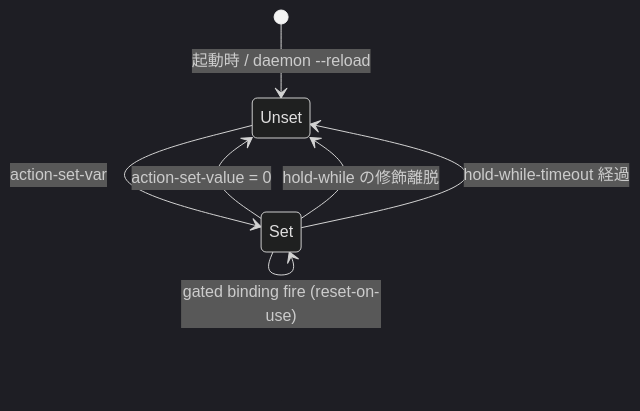
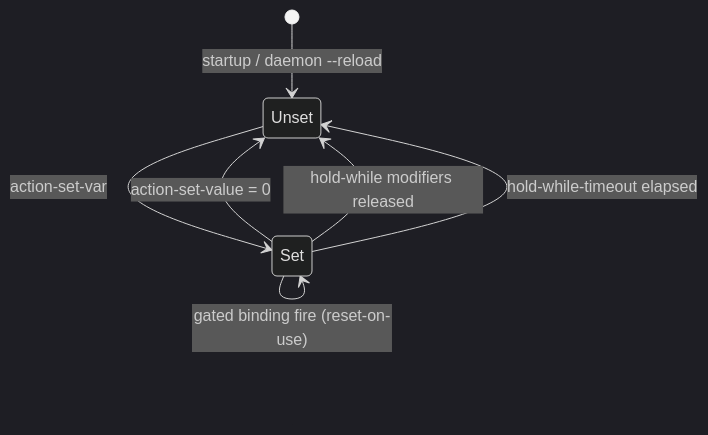
One commit to akira-toriyama/chord changed the second of 3 diagrams in docs/glossary.md. Above: the diagram before and after it, drawn with Mermaid (dark theme). The commit also changed other lines of this file and 3 other files, not shown here.

````diff
--- a/docs/glossary.md
+++ b/docs/glossary.md
@@ -339,9 +349,9 @@
 ```mermaid
 stateDiagram-v2
-  [*] --> Unset: 起動時 / daemon --reload
+  [*] --> Unset: startup / daemon --reload
   Unset --> Set: action-set-var
   Set --> Unset: action-set-value = 0
-  Set --> Unset: hold-while の修飾離脱
-  Set --> Unset: hold-while-timeout 経過
+  Set --> Unset: hold-while modifiers released
+  Set --> Unset: hold-while-timeout elapsed
   Set --> Set: gated binding fire (reset-on-use)
 ```
````
